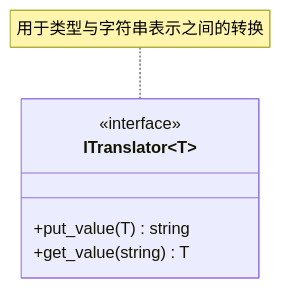
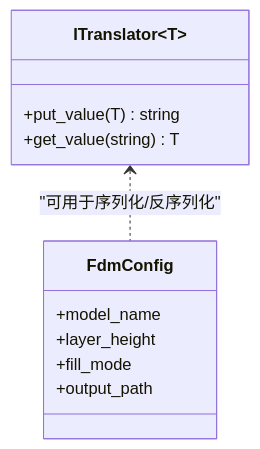
The sixth of 8 diagrams in .qoder/repowiki/zh/content/架构总览.md (hsmbanlance/HsBaSlicer), drawn with Mermaid before and after one commit. The commit also changed other lines of this file and 1095 other files, not shown here.

````diff
--- a/.qoder/repowiki/zh/content/架构总览.md
+++ b/.qoder/repowiki/zh/content/架构总览.md
@@ -344,9 +230,14 @@
 ```mermaid
 classDiagram
 class ITranslator~T~ {
-<<interface>>
 +put_value(T) string
 +get_value(string) T
 }
-note for ITranslator "用于类型与字符串表示之间的转换"
+class FdmConfig {
++model_name
++layer_height
++fill_mode
++output_path
+}
+ITranslator <.. FdmConfig : "可用于序列化/反序列化"
 ```
````
